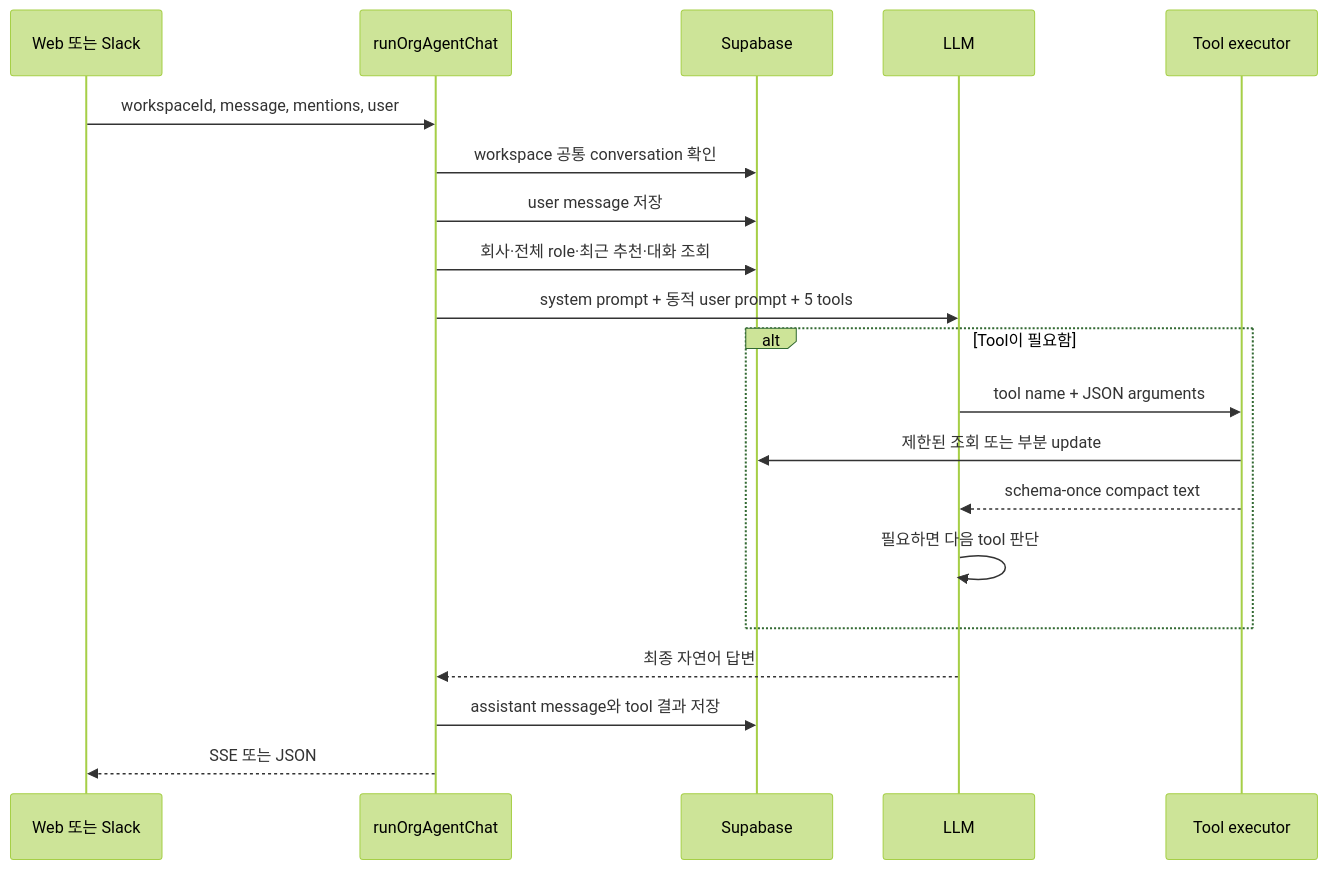
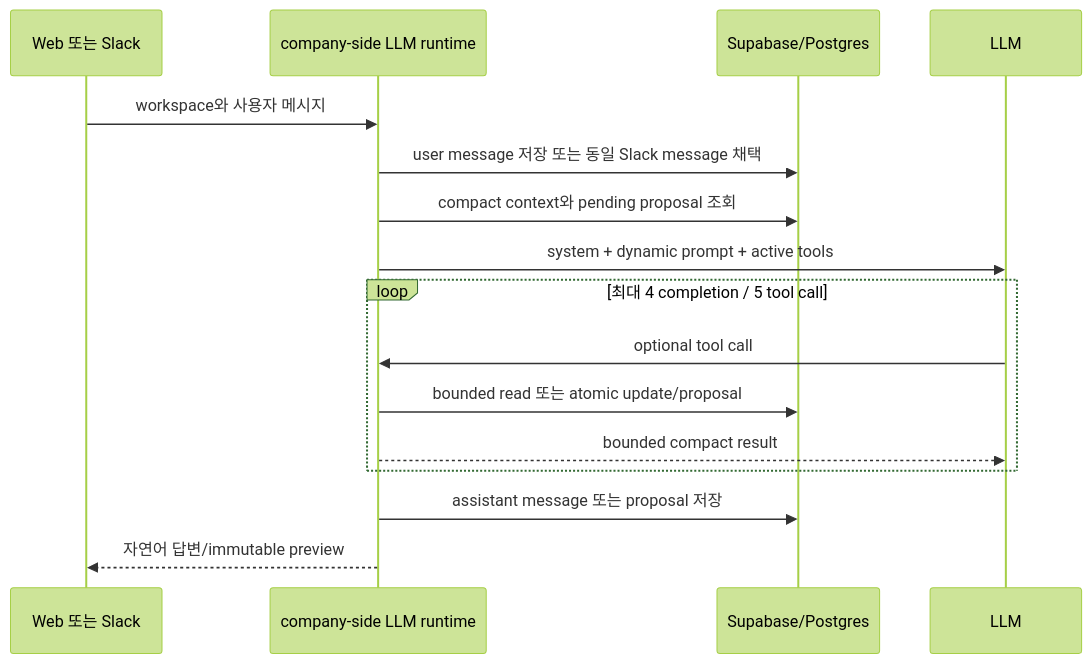
The diagram in docs/org-agent-tools-reference-ko.md (matchharper/harper_beta), drawn with Mermaid (forest theme) before and after one commit. The commit also changed other lines of this file and 152 other files, not shown here.

Commit message:
Expand company-side agent and talent workflows

````diff
--- a/docs/org-agent-tools-reference-ko.md
+++ b/docs/org-agent-tools-reference-ko.md
@@ -63,23 +48,19 @@
 ```mermaid
 sequenceDiagram
     participant Surface as Web 또는 Slack
-    participant Chat as runOrgAgentChat
-    participant DB as Supabase
+    participant Agent as company-side LLM runtime
+    participant DB as Supabase/Postgres
     participant LLM
-    participant Tool as Tool executor
 
-    Surface->>Chat: workspaceId, message, mentions, user
-    Chat->>DB: workspace 공통 conversation 확인
-    Chat->>DB: user message 저장
-    Chat->>DB: 회사·전체 role·최근 추천·대화 조회
-    Chat->>LLM: system prompt + 동적 user prompt + 5 tools
-    alt Tool이 필요함
-        LLM->>Tool: tool name + JSON arguments
-        Tool->>DB: 제한된 조회 또는 부분 update
-        Tool-->>LLM: schema-once compact text
-        LLM->>LLM: 필요하면 다음 tool 판단
+    Surface->>Agent: workspace와 사용자 메시지
+    Agent->>DB: user message 저장 또는 동일 Slack message 채택
+    Agent->>DB: compact context와 pending proposal 조회
+    Agent->>LLM: system + dynamic prompt + active tools
+    loop 최대 4 completion / 5 tool call
+        LLM->>Agent: optional tool call
+        Agent->>DB: bounded read 또는 atomic update/proposal
+        Agent-->>LLM: bounded compact result
     end
-    LLM-->>Chat: 최종 자연어 답변
-    Chat->>DB: assistant message와 tool 결과 저장
-    Chat-->>Surface: SSE 또는 JSON
+    Agent->>DB: assistant message 또는 proposal 저장
+    Agent-->>Surface: 자연어 답변/immutable preview
 ```
````
